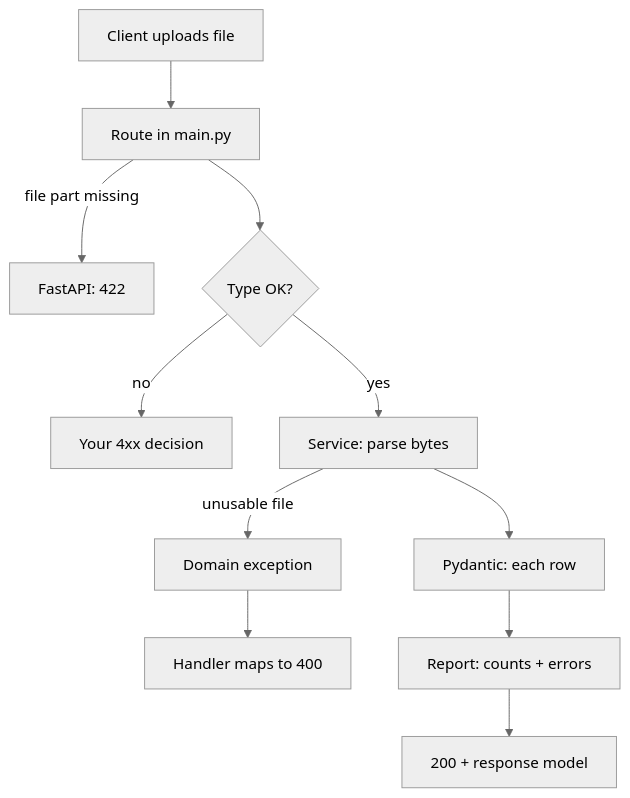
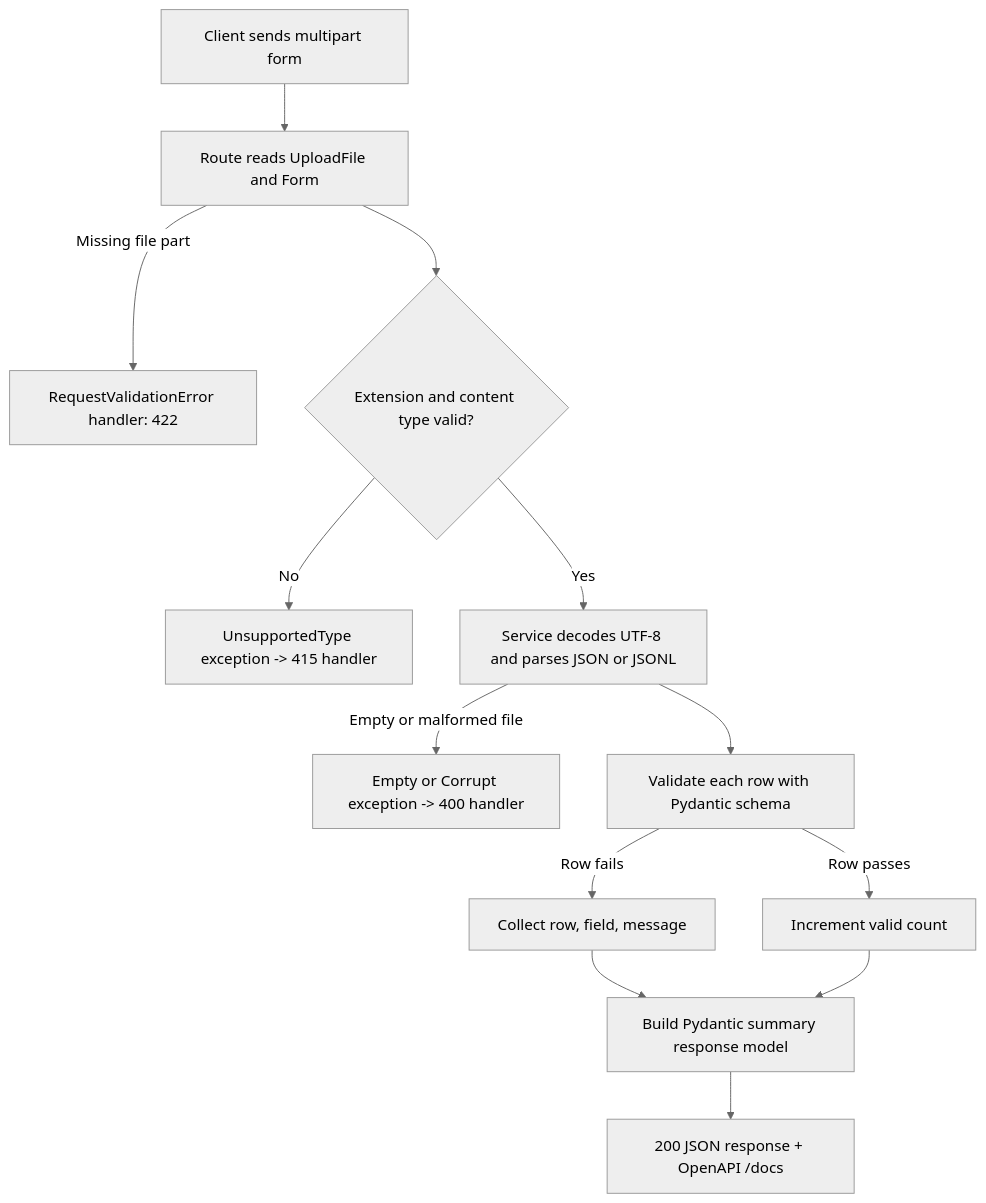
Before and after one commit to FaizAlfarisi/ai-engineer-track: the diagram in lessons/project_based_lessons/dataset-readiness-api/dataset-readiness-api_A1_concept-kit.md, drawn with Mermaid (neutral theme). The commit also changed other lines of this file and 7 other files, not shown here.

````diff
--- a/lessons/project_based_lessons/dataset-readiness-api/dataset-readiness-api_A1_concept-kit.md
+++ b/lessons/project_based_lessons/dataset-readiness-api/dataset-readiness-api_A1_concept-kit.md
@@ -41,13 +63,15 @@
 ```mermaid
 flowchart TD
-    C[Client uploads file] --> R[Route in main.py]
-    R -->|"file part missing"| F422[FastAPI: 422]
-    R --> T{Type OK?}
-    T -->|no| E415[Your 4xx decision]
-    T -->|yes| S[Service: parse bytes]
-    S -->|"unusable file"| X[Domain exception]
-    X --> H[Handler maps to 400]
-    S --> V[Pydantic: each row]
-    V --> Rep[Report: counts + errors]
-    Rep --> OK[200 + response model]
+    C[Client sends multipart form] --> R[Route reads UploadFile and Form]
+    R -->|Missing file part| F422[RequestValidationError handler: 422]
+    R --> G{Extension and content type valid?}
+    G -->|No| X415[UnsupportedType exception -> 415 handler]
+    G -->|Yes| S[Service decodes UTF-8 and parses JSON or JSONL]
+    S -->|Empty or malformed file| X400[Empty or Corrupt exception -> 400 handler]
+    S --> V[Validate each row with Pydantic schema]
+    V -->|Row fails| E[Collect row, field, message]
+    V -->|Row passes| K[Increment valid count]
+    E --> M[Build Pydantic summary response model]
+    K --> M
+    M --> OK[200 JSON response + OpenAPI /docs]
 ```
````
